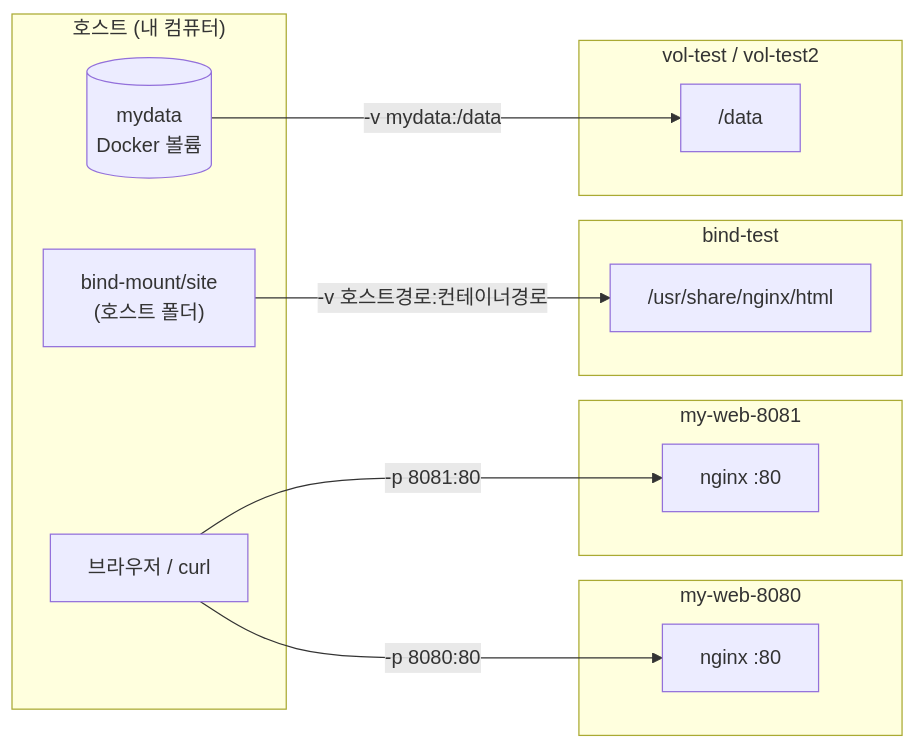
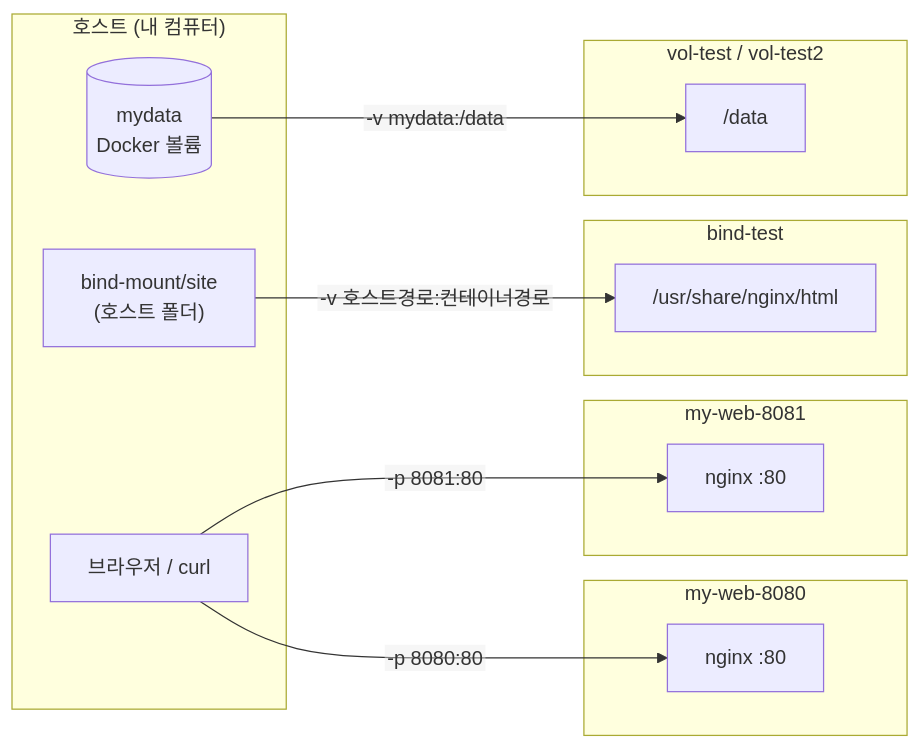
The third of 3 diagrams in README.md (ilililililil4319/E1-1), drawn with Mermaid before and after one commit. The commit also changed other lines of this file, not shown here.

Commit message:
Docs: 흐름도·연결 구조도 글자가 GitHub에서 글자 단위로 끊기지 않도록 수정
- mermaid flowchart를 SVG 글자(htmlLabels: false)로 그리게 설정
- 자동 줄바꿈 없이 <br/>로 지정한 곳에서만 줄이 바뀜

````diff
--- a/README.md
+++ b/README.md
@@ -425,24 +426,25 @@
 ```mermaid
+%%{init: {'flowchart': {'htmlLabels': false}}}%%
 flowchart LR
     subgraph HOST["호스트 (내 컴퓨터)"]
         BR["브라우저 / curl"]
         DIR["bind-mount/site<br/>(호스트 폴더)"]
         VOL[("mydata<br/>Docker 볼륨")]
     end
     subgraph C1["my-web-8080"]
         N1["nginx :80"]
     end
     subgraph C2["my-web-8081"]
         N2["nginx :80"]
     end
     subgraph C3["bind-test"]
         H3["/usr/share/nginx/html"]
     end
     subgraph C4["vol-test / vol-test2"]
         D4["/data"]
     end
     BR -- "-p 8080:80" --> N1
     BR -- "-p 8081:80" --> N2
     DIR -- "-v 호스트경로:컨테이너경로" --> H3
     VOL -- "-v mydata:/data" --> D4
 ```
````
